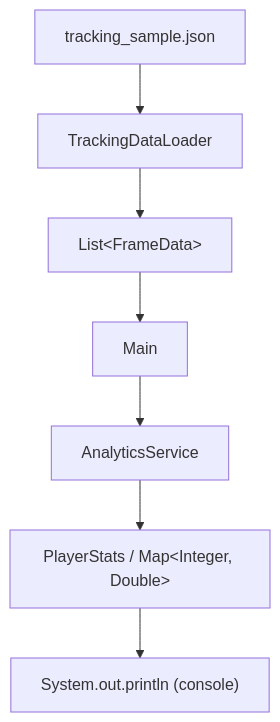
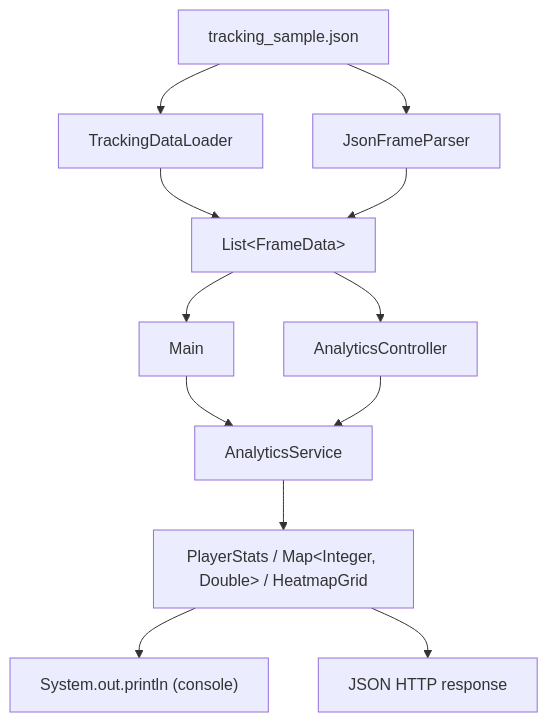
The first of 2 diagrams in README.md (joseeduardomarinho28-creator/TaticAnalytics), drawn with Mermaid before and after one commit. The commit also changed other lines of this file, not shown here.

````diff
--- a/README.md
+++ b/README.md
@@ -89,9 +114,14 @@
 ```mermaid
 flowchart TD
-    A[tracking_sample.json] --> B[TrackingDataLoader]
-    B --> C["List&lt;FrameData&gt;"]
-    C --> D[Main]
-    D --> E[AnalyticsService]
-    E --> F["PlayerStats / Map&lt;Integer, Double&gt;"]
-    F --> G["System.out.println (console)"]
+    A[tracking_sample.json] --> B1[TrackingDataLoader]
+    A --> B2[JsonFrameParser]
+    B1 --> C["List&lt;FrameData&gt;"]
+    B2 --> C
+    C --> D1[Main]
+    C --> D2[AnalyticsController]
+    D1 --> E[AnalyticsService]
+    D2 --> E
+    E --> F["PlayerStats / Map&lt;Integer, Double&gt; / HeatmapGrid"]
+    F --> G1["System.out.println (console)"]
+    F --> G2["JSON HTTP response"]
 ```
````
